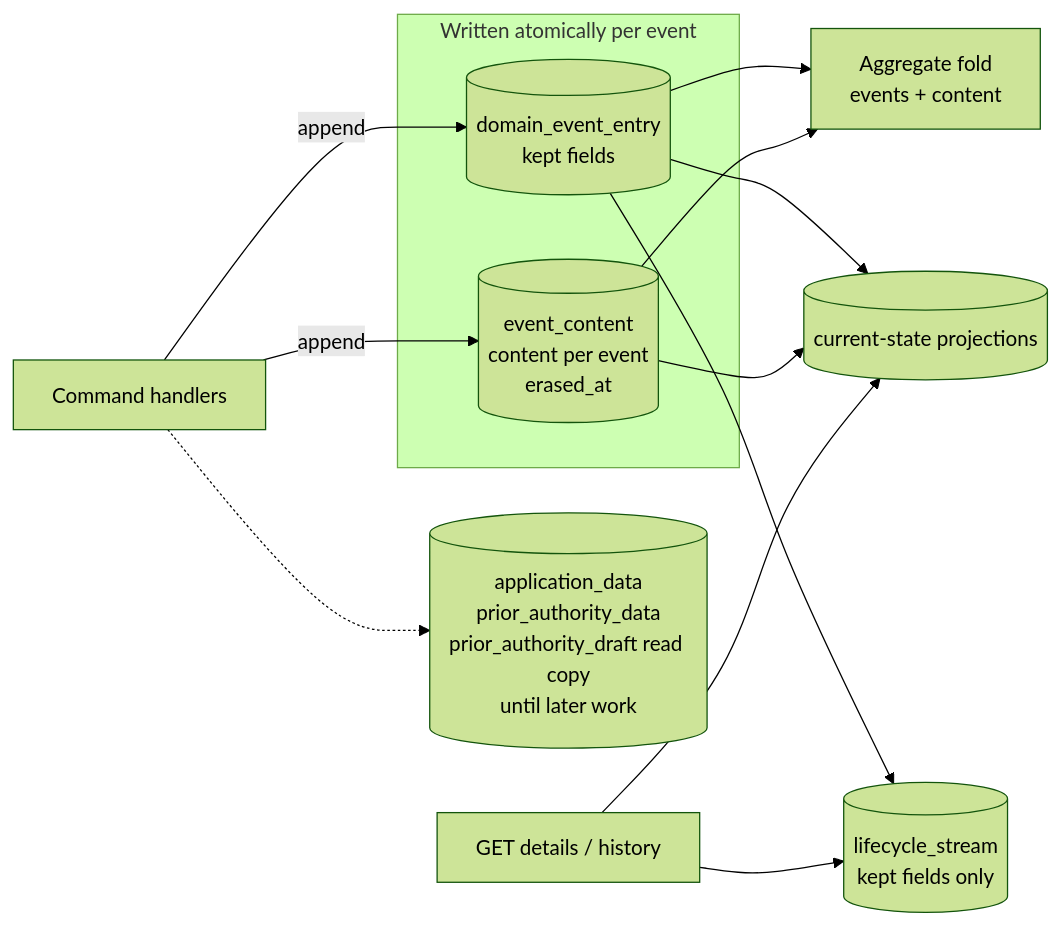
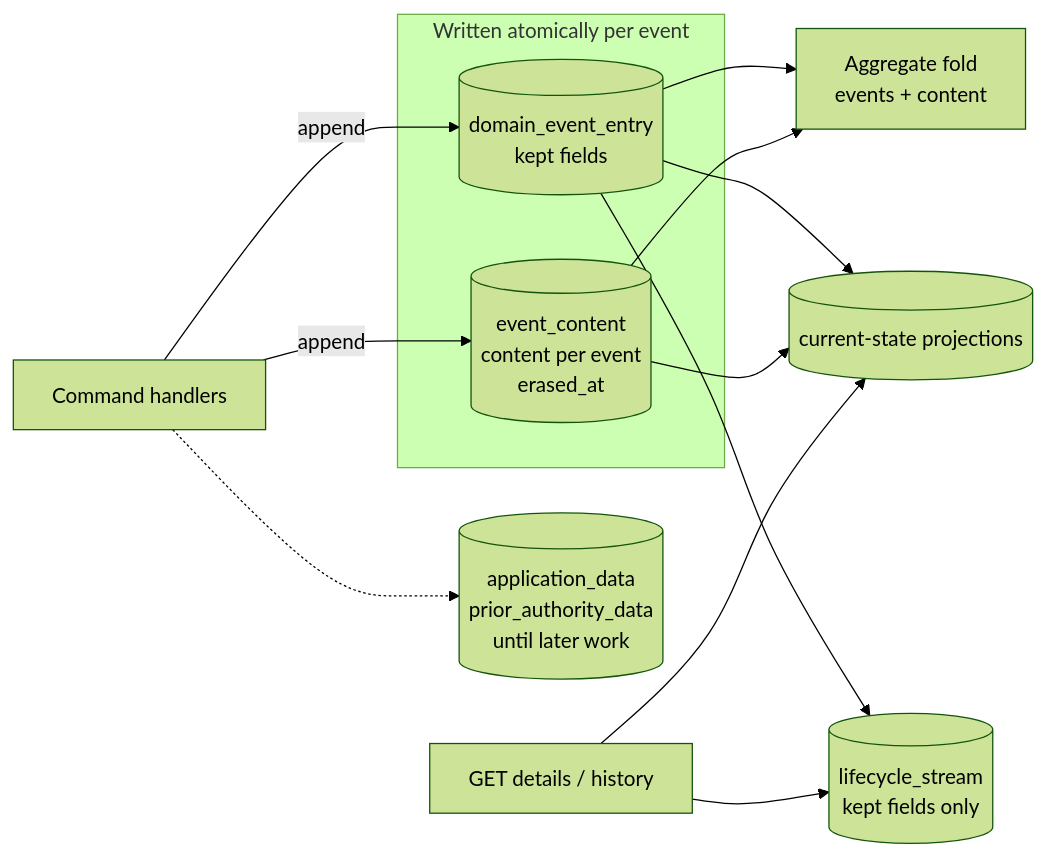
One commit to ministryofjustice/laa-data-access-api changed the second of 2 diagrams in data-access-service-axon/docs/adr/0007-event-content-is-stored-beside-its-event.md. Above: the diagram before and after it, drawn with Mermaid (forest theme). The commit also changed other lines of this file and 56 other files, not shown here.

First line of the commit message:
Prior Authority reads from its aggregate; remove the draft store

````diff
--- a/data-access-service-axon/docs/adr/0007-event-content-is-stored-beside-its-event.md
+++ b/data-access-service-axon/docs/adr/0007-event-content-is-stored-beside-its-event.md
@@ -96,19 +97,19 @@
 ```mermaid
 flowchart LR
   cmd[Command handlers]
   subgraph write[Written atomically per event]
     events[(domain_event_entry<br/>kept fields)]
     content[(event_content<br/>content per event<br/>erased_at)]
   end
-  data[(application_data<br/>prior_authority_data<br/>prior_authority_draft read copy<br/>until later work)]
+  data[(application_data<br/>prior_authority_data<br/>until later work)]
   agg[Aggregate fold<br/>events + content]
   cur[(current-state projections)]
   life[(lifecycle_stream<br/>kept fields only)]
   cmd -->|append| events
   cmd -->|append| content
   cmd -.-> data
   events & content --> agg
   events & content --> cur
   events --> life
   api[GET details / history] --> cur & life
 ```
````
